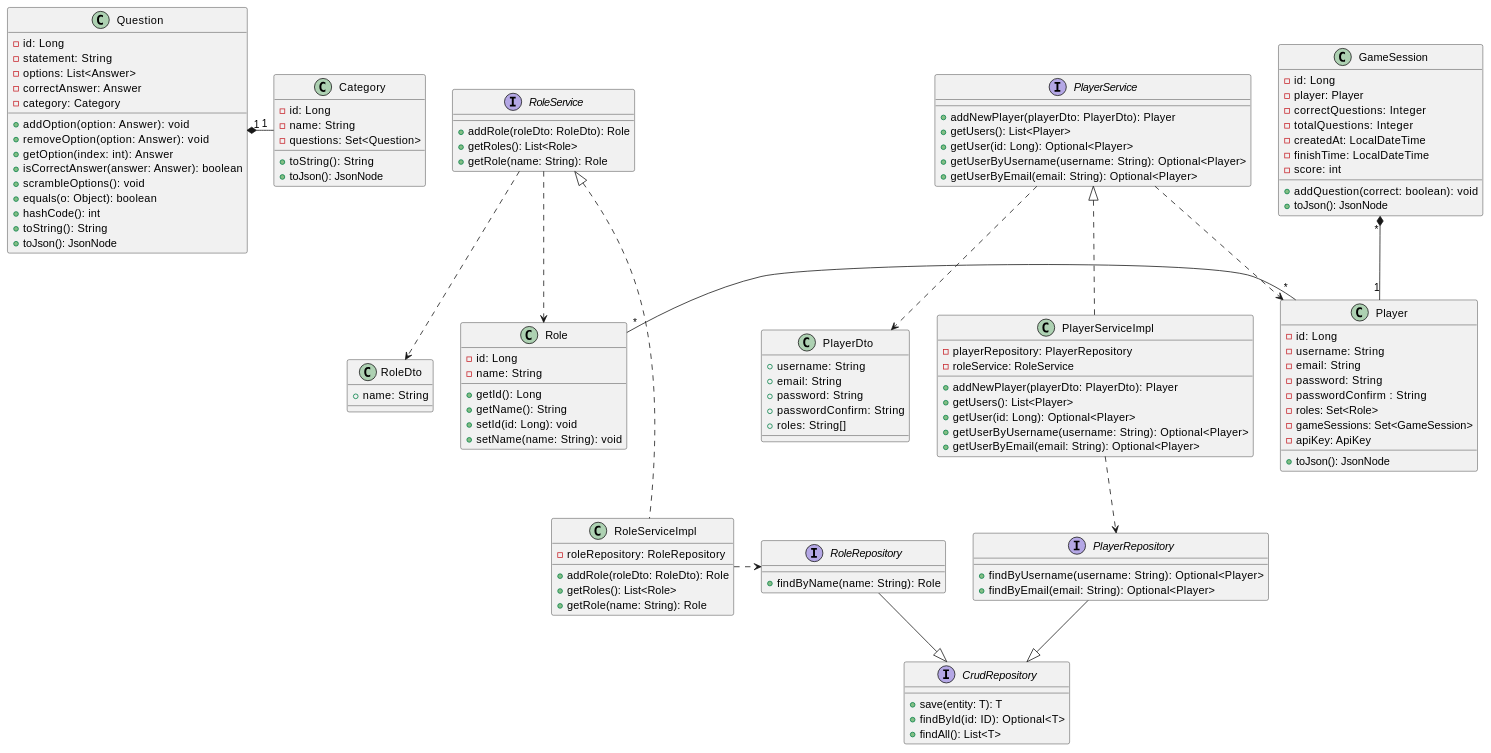
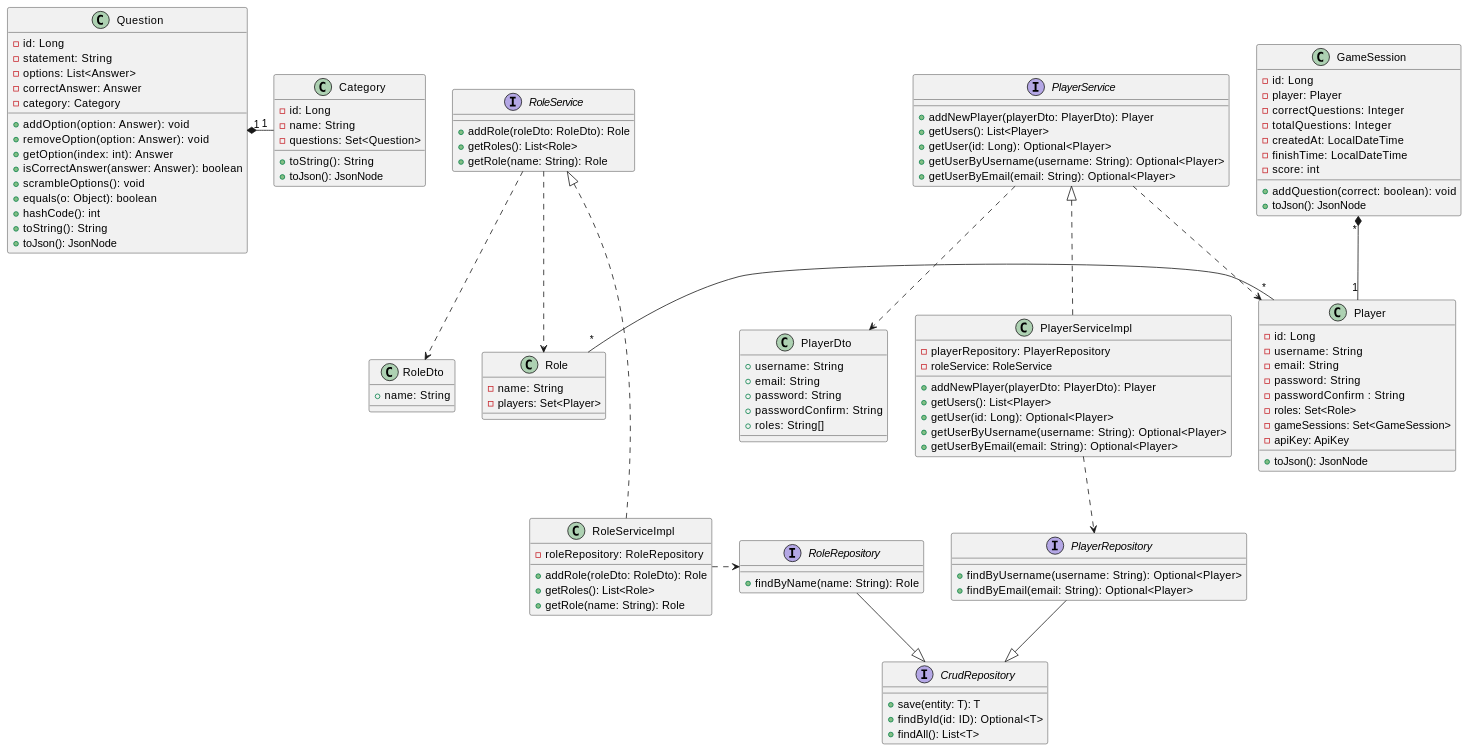
The first of 2 diagrams in docs/src/08_concepts.adoc (Arquisoft/wiq_es04b), drawn with PlantUML before and after one commit.

Commit message:
Role actualizado

```diff
--- a/docs/src/08_concepts.adoc
+++ b/docs/src/08_concepts.adoc
@@ -63,12 +63,8 @@
 }
 
 class Role {
-    - id: Long
     - name: String
-    + getId(): Long
-    + getName(): String
-    + setId(id: Long): void
-    + setName(name: String): void
+    - players: Set<Player>
 }
 
 interface PlayerService {
```
